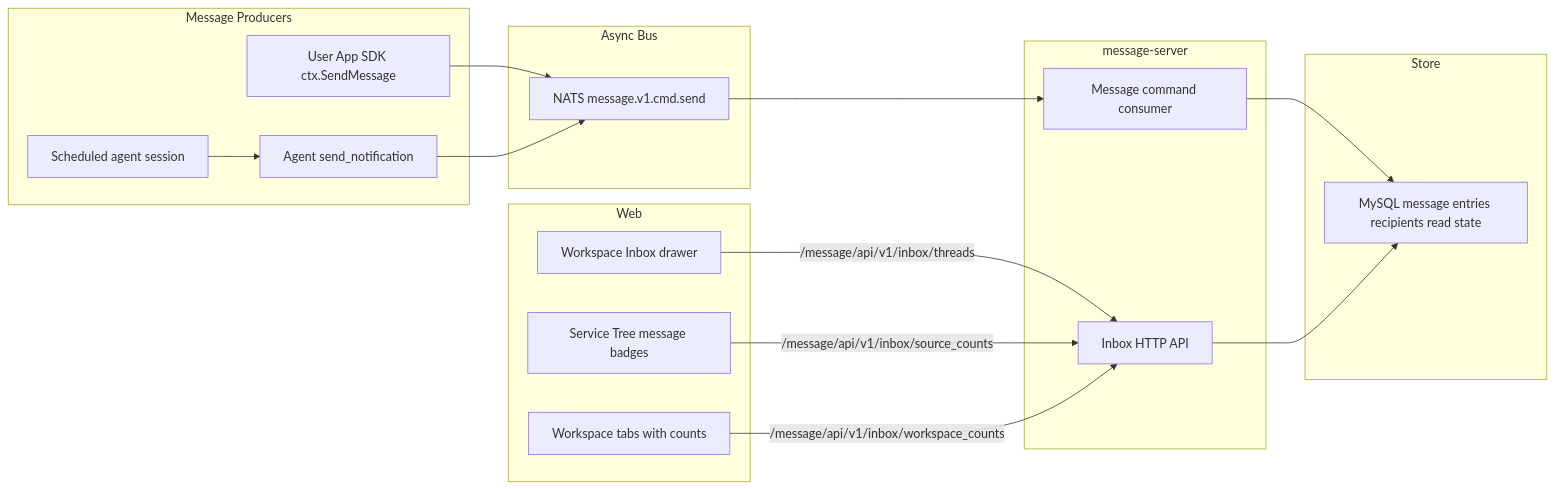
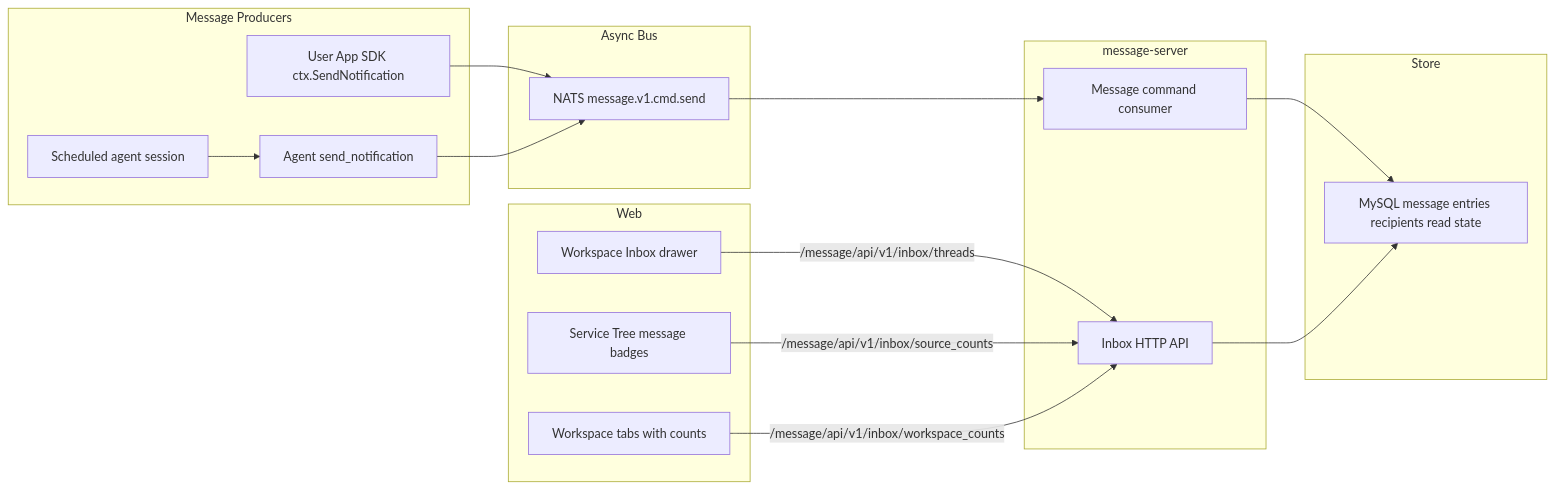
The ninth of 9 diagrams in docs/current-architecture.md (kageos/kageos), drawn with Mermaid before and after one commit. The commit also changed other lines of this file and 36 other files, not shown here.

````diff
--- a/docs/current-architecture.md
+++ b/docs/current-architecture.md
@@ -568,37 +568,37 @@
 ```mermaid
 flowchart LR
   subgraph producers ["Message Producers"]
-    sdk["User App SDK ctx.SendMessage"]
+    sdk["User App SDK ctx.SendNotification"]
     agentTool["Agent send_notification"]
     scheduledSession["Scheduled agent session"]
   end
 
   subgraph async ["Async Bus"]
     subject["NATS message.v1.cmd.send"]
   end
 
   subgraph service ["message-server"]
     consumer["Message command consumer"]
     inboxApi["Inbox HTTP API"]
   end
 
   subgraph store ["Store"]
     messageDb["MySQL message entries recipients read state"]
   end
 
   subgraph frontend ["Web"]
     drawer["Workspace Inbox drawer"]
     tree["Service Tree message badges"]
     workspaceTabs["Workspace tabs with counts"]
   end
 
   sdk --> subject
   agentTool --> subject
   scheduledSession --> agentTool
   subject --> consumer
   consumer --> messageDb
   drawer -->|"/message/api/v1/inbox/threads"| inboxApi
   tree -->|"/message/api/v1/inbox/source_counts"| inboxApi
   workspaceTabs -->|"/message/api/v1/inbox/workspace_counts"| inboxApi
   inboxApi --> messageDb
 ```
````
